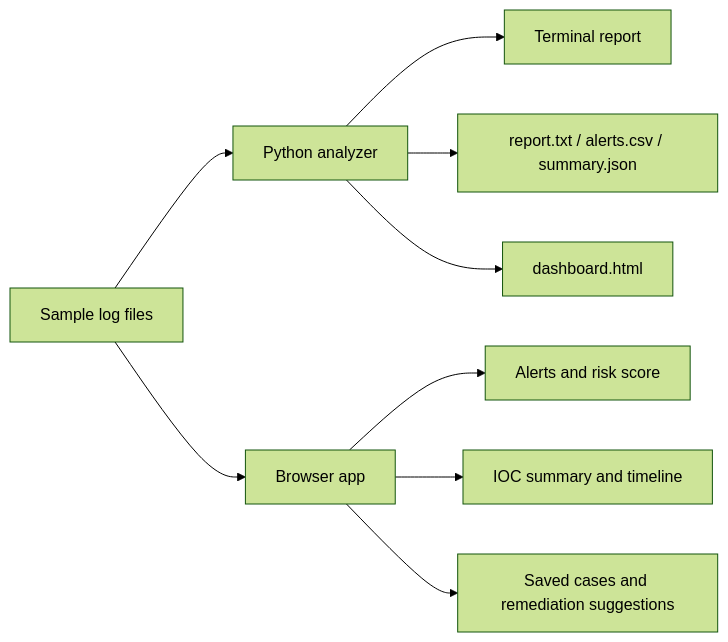
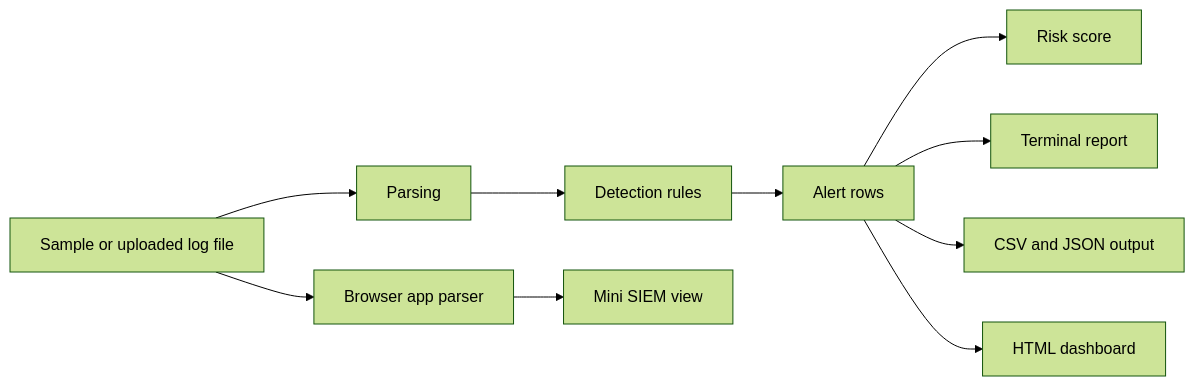
One commit to Veggis96/local-log-analyzer changed the diagram in README.md. Above: the diagram before and after it, drawn with Mermaid (forest theme). The commit also changed other lines of this file and 2 other files, not shown here.

````diff
--- a/README.md
+++ b/README.md
@@ -27,11 +45,12 @@
 ```mermaid
 flowchart LR
-    A["Sample log files"] --> B["Python analyzer"]
-    A --> C["Browser app"]
-    B --> D["Terminal report"]
-    B --> E["report.txt / alerts.csv / summary.json"]
-    B --> F["dashboard.html"]
-    C --> G["Alerts and risk score"]
-    C --> H["IOC summary and timeline"]
-    C --> I["Saved cases and remediation suggestions"]
+    A["Sample or uploaded log file"] --> B["Parsing"]
+    B --> C["Detection rules"]
+    C --> D["Alert rows"]
+    D --> E["Risk score"]
+    D --> F["Terminal report"]
+    D --> G["CSV and JSON output"]
+    D --> H["HTML dashboard"]
+    A --> I["Browser app parser"]
+    I --> J["Mini SIEM view"]
 ```
````
